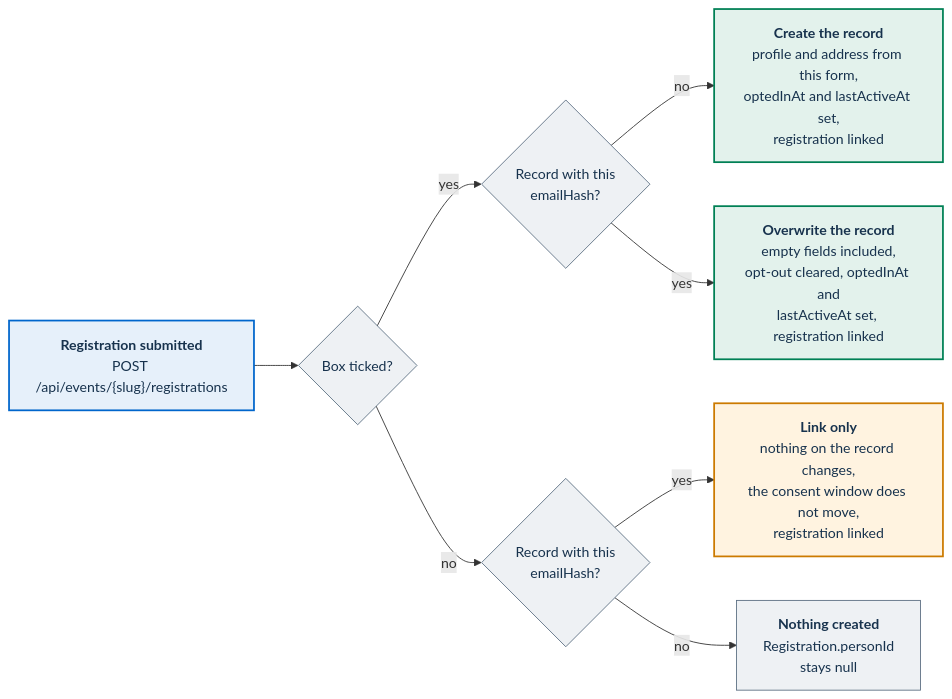
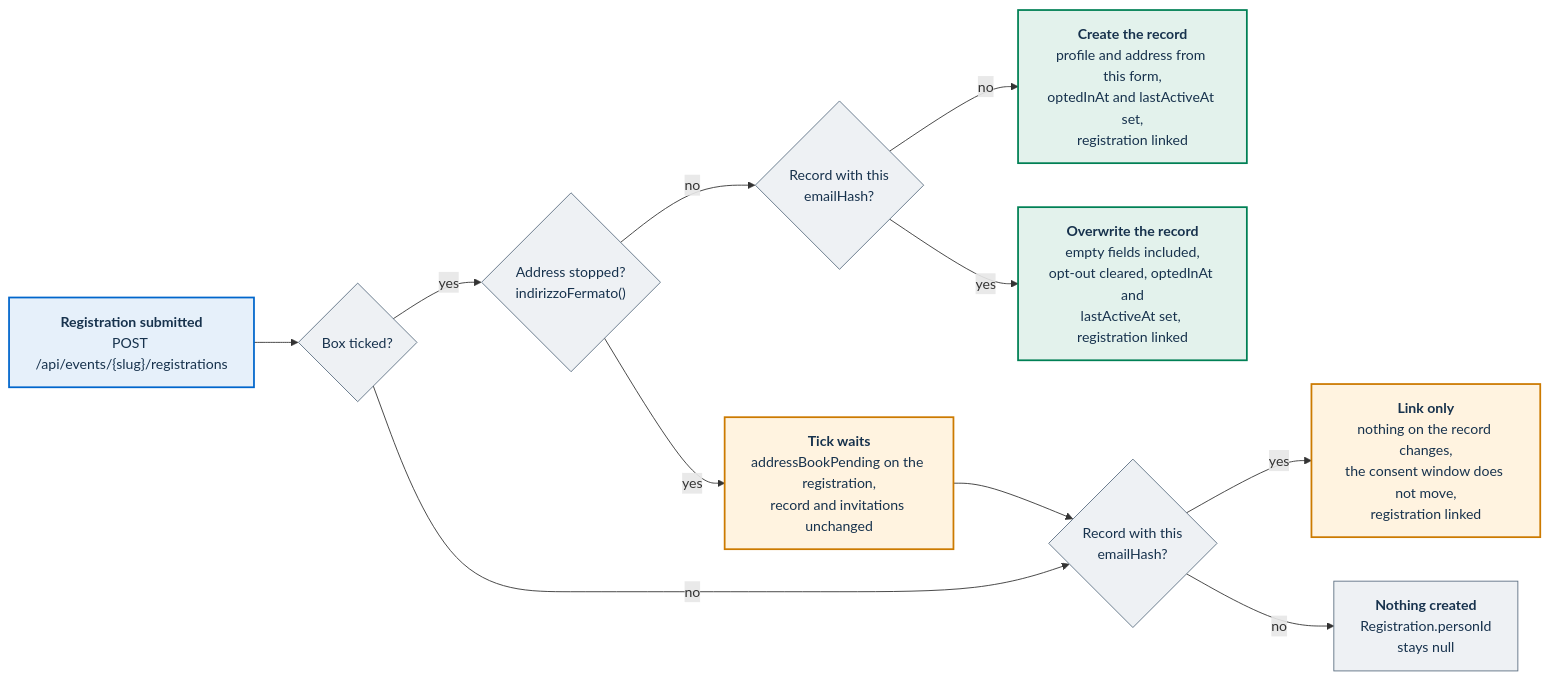
Before and after one commit to italia/pa-webinar: the first of 2 diagrams in docs/adr/011-person-rubrica.md, drawn with Mermaid. The commit also changed other lines of this file and 22 other files, not shown here.

````diff
--- a/docs/adr/011-person-rubrica.md
+++ b/docs/adr/011-person-rubrica.md
@@ -238,24 +246,29 @@
 ```mermaid
 flowchart LR
     R["<b>Registration submitted</b><br/>POST /api/events/{slug}/registrations"]:::portal
     Q1{"Box ticked?"}:::ext
+    Q0{"Address stopped?<br/>indirizzoFermato()"}:::ext
+    H["<b>Tick waits</b><br/>addressBookPending on the registration,<br/>record and invitations unchanged"]:::job
     Q2{"Record with this<br/>emailHash?"}:::ext
     Q3{"Record with this<br/>emailHash?"}:::ext
     N["<b>Nothing created</b><br/>Registration.personId<br/>stays null"]:::ext
     C["<b>Create the record</b><br/>profile and address from this form,<br/>optedInAt and lastActiveAt set,<br/>registration linked"]:::data
     U["<b>Overwrite the record</b><br/>empty fields included,<br/>opt-out cleared, optedInAt and<br/>lastActiveAt set, registration linked"]:::data
     L["<b>Link only</b><br/>nothing on the record changes,<br/>the consent window does not move,<br/>registration linked"]:::job
 
     R --> Q1
-    Q1 -->|"yes"| Q2
+    Q1 -->|"yes"| Q0
+    Q0 -->|"no"| Q2
+    Q0 -->|"yes"| H
+    H --> Q3
     Q1 -->|"no"| Q3
     Q2 -->|"no"| C
     Q2 -->|"yes"| U
     Q3 -->|"yes"| L
     Q3 -->|"no"| N
 
     classDef portal fill:#E6F0FA,stroke:#0066CC,stroke-width:2px,color:#17324D
     classDef data fill:#E3F2EC,stroke:#008055,stroke-width:2px,color:#17324D
     classDef job fill:#FFF3E0,stroke:#CC7A00,stroke-width:2px,color:#17324D
     classDef ext fill:#EEF1F4,stroke:#5C6F82,stroke-width:1px,color:#17324D
 ```
````
